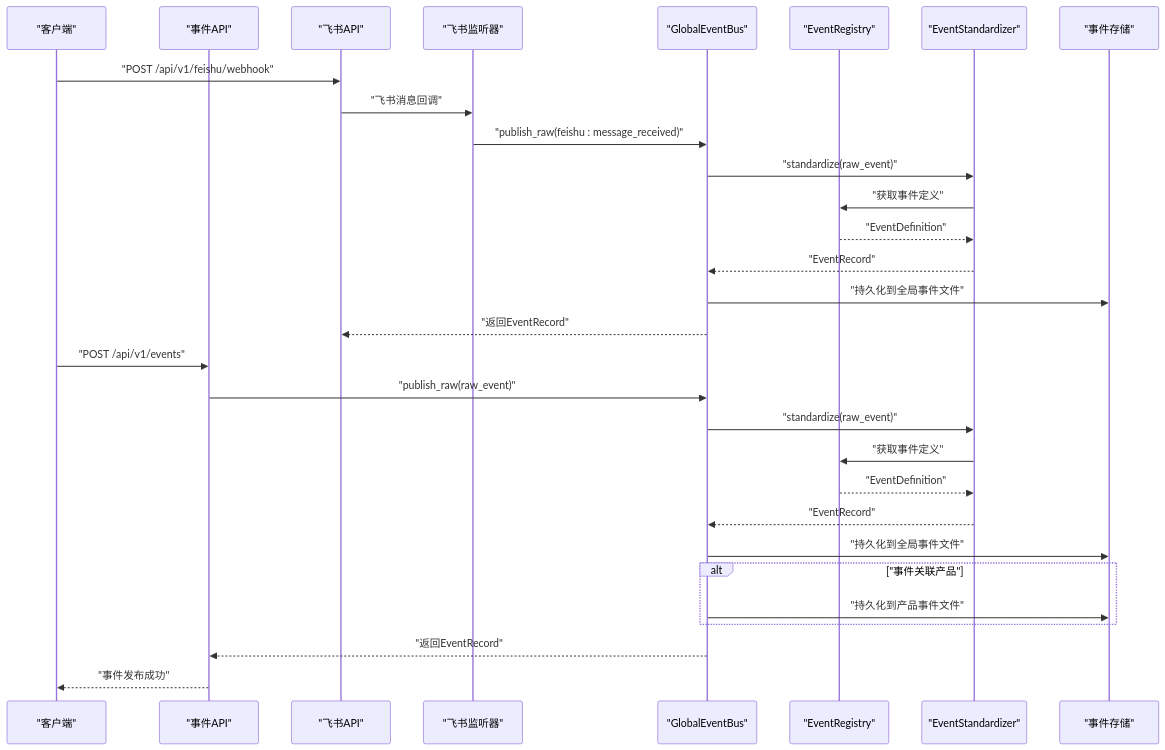
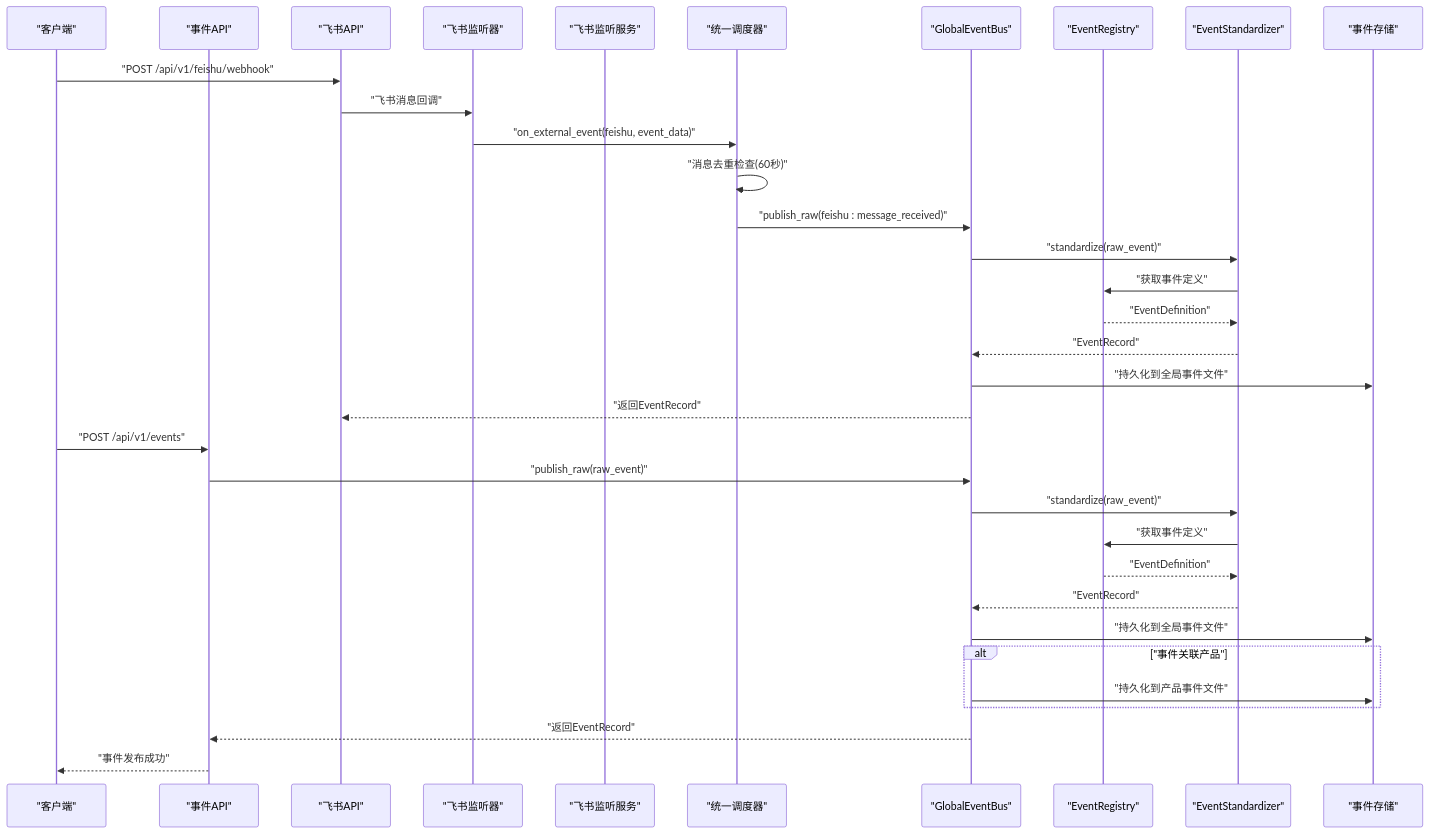
One commit to angledick/- changed the second of 12 diagrams in .qoder/repowiki/zh/content/系统架构/事件驱动系统/事件总线核心.md. Above: the diagram before and after it, drawn with Mermaid. The commit also changed other lines of this file and 9 other files, not shown here.

````diff
--- a/.qoder/repowiki/zh/content/系统架构/事件驱动系统/事件总线核心.md
+++ b/.qoder/repowiki/zh/content/系统架构/事件驱动系统/事件总线核心.md
@@ -124,32 +147,36 @@
 ```mermaid
 sequenceDiagram
 participant Client as "客户端"
 participant API as "事件API"
 participant FeishuAPI as "飞书API"
 participant FeishuListener as "飞书监听器"
+participant FeishuListenerService as "飞书监听服务"
+participant Dispatcher as "统一调度器"
 participant Bus as "GlobalEventBus"
 participant Registry as "EventRegistry"
 participant Std as "EventStandardizer"
 participant Store as "事件存储"
 Client->>FeishuAPI : "POST /api/v1/feishu/webhook"
 FeishuAPI->>FeishuListener : "飞书消息回调"
-FeishuListener->>Bus : "publish_raw(feishu : message_received)"
+FeishuListener->>Dispatcher : "on_external_event(feishu, event_data)"
+Dispatcher->>Dispatcher : "消息去重检查(60秒)"
+Dispatcher->>Bus : "publish_raw(feishu : message_received)"
 Bus->>Std : "standardize(raw_event)"
 Std->>Registry : "获取事件定义"
 Registry-->>Std : "EventDefinition"
 Std-->>Bus : "EventRecord"
 Bus->>Store : "持久化到全局事件文件"
 Bus-->>FeishuAPI : "返回EventRecord"
 Client->>API : "POST /api/v1/events"
 API->>Bus : "publish_raw(raw_event)"
 Bus->>Std : "standardize(raw_event)"
 Std->>Registry : "获取事件定义"
 Registry-->>Std : "EventDefinition"
 Std-->>Bus : "EventRecord"
 Bus->>Store : "持久化到全局事件文件"
 alt "事件关联产品"
 Bus->>Store : "持久化到产品事件文件"
 end
 Bus-->>API : "返回EventRecord"
 API-->>Client : "事件发布成功"
 ```
````
